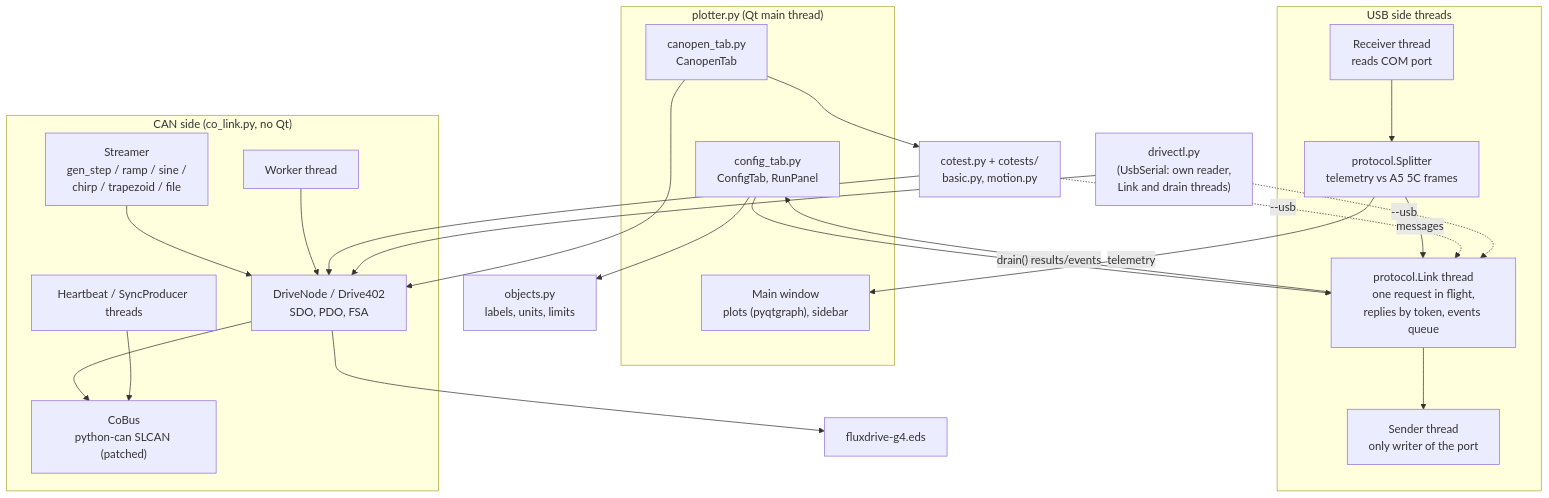
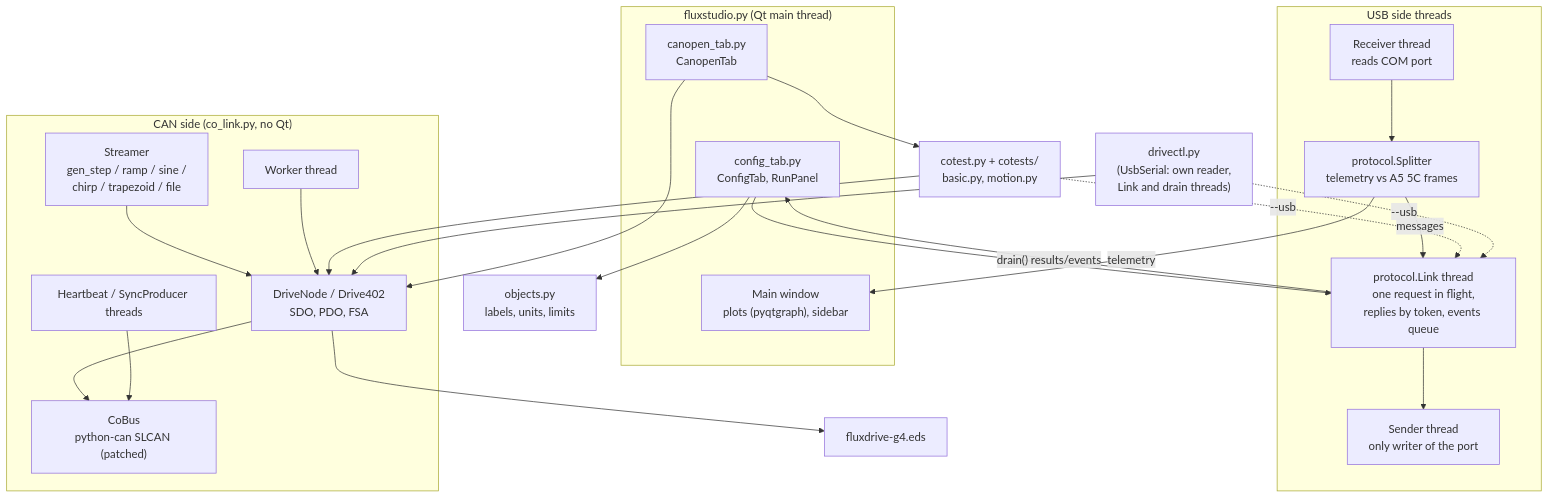
Diagram 14 of 15 in docs/software-structure.md (alanhpereira/fluxdrive-g4), drawn with Mermaid before and after one commit. The commit also changed other lines of this file and 13 other files, not shown here.

First line of the commit message:
Rename plotter.py to fluxstudio.py (Flux Studio)

````diff
--- a/docs/software-structure.md
+++ b/docs/software-structure.md
@@ -488,47 +488,47 @@
 ```mermaid
 flowchart TD
-    subgraph GUI["plotter.py (Qt main thread)"]
+    subgraph GUI["fluxstudio.py (Qt main thread)"]
         MAINW["Main window<br/>plots (pyqtgraph), sidebar"]
         CFG["config_tab.py<br/>ConfigTab, RunPanel"]
         COT["canopen_tab.py<br/>CanopenTab"]
     end
 
     subgraph USBTH["USB side threads"]
         RCV["Receiver thread<br/>reads COM port"]
         SPL["protocol.Splitter<br/>telemetry vs A5 5C frames"]
         LNK["protocol.Link thread<br/>one request in flight,<br/>replies by token, events queue"]
         SND["Sender thread<br/>only writer of the port"]
     end
 
     subgraph CANTH["CAN side (co_link.py, no Qt)"]
         CB["CoBus<br/>python-can SLCAN (patched)"]
         HB["Heartbeat / SyncProducer threads"]
         DN["DriveNode / Drive402<br/>SDO, PDO, FSA"]
         STR["Streamer<br/>gen_step / ramp / sine /<br/>chirp / trapezoid / file"]
         WK["Worker thread"]
     end
 
     OBJ["objects.py<br/>labels, units, limits"]
     EDS["fluxdrive-g4.eds"]
     TESTS["cotest.py + cotests/<br/>basic.py, motion.py"]
     DCTL["drivectl.py<br/>(UsbSerial: own reader,<br/>Link and drain threads)"]
 
     RCV --> SPL
     SPL -- telemetry --> MAINW
     SPL -- messages --> LNK
     LNK -- "drain() results/events" --> CFG
     CFG --> LNK
     LNK --> SND
     CFG --> OBJ
     COT --> DN
     COT --> TESTS
     DN --> CB
     HB --> CB
     STR --> DN
     WK --> DN
     DN --> EDS
     TESTS --> DN
     TESTS -. "--usb" .-> LNK
     DCTL --> DN
     DCTL -. "--usb" .-> LNK
 ```
````
